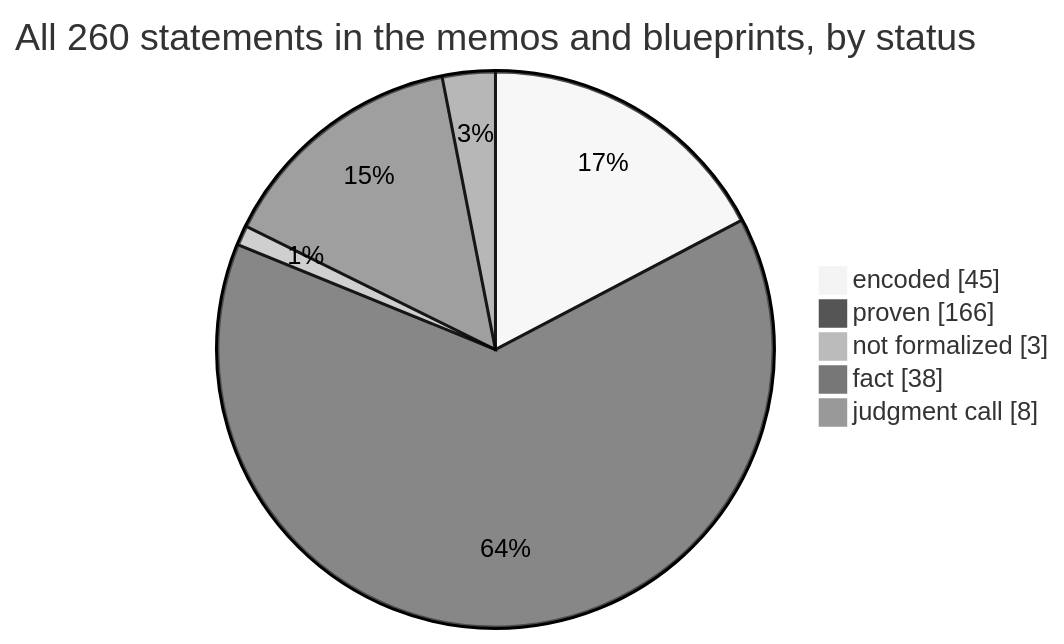
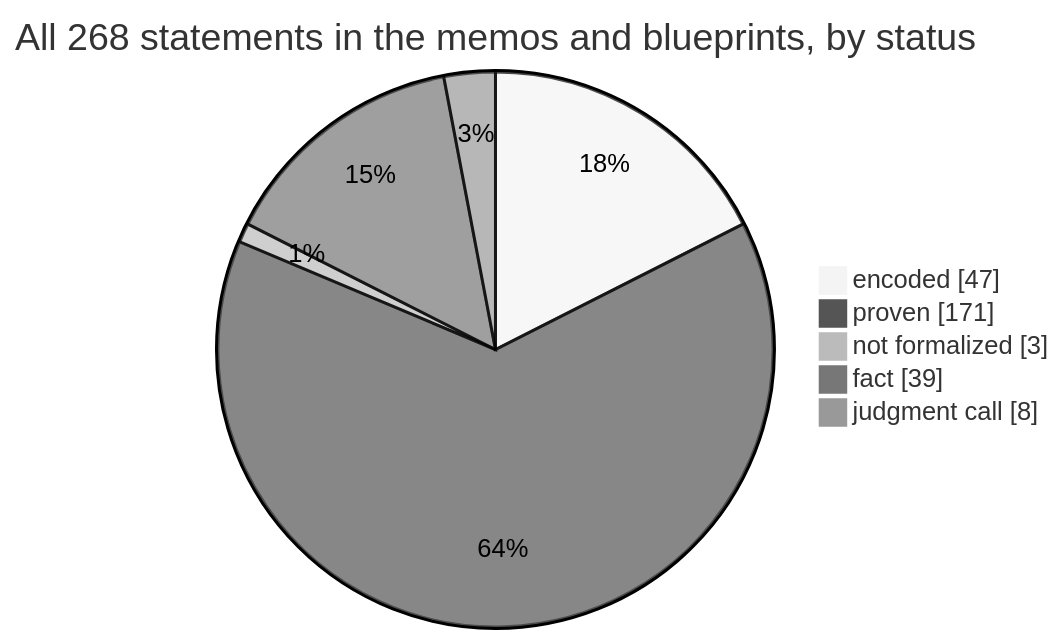
The first of 4 diagrams in docs/graphs/dashboard.md (SeanWMurray/Canteen), drawn with Mermaid (neutral theme) before and after one commit. The commit also changed other lines of this file and 19 other files, not shown here.

````diff
--- a/docs/graphs/dashboard.md
+++ b/docs/graphs/dashboard.md
@@ -11,8 +11,8 @@
 ```mermaid
-pie showData title All 260 statements in the memos and blueprints, by status
-    "encoded" : 45
-    "proven" : 166
+pie showData title All 268 statements in the memos and blueprints, by status
+    "encoded" : 47
+    "proven" : 171
     "not formalized" : 3
-    "fact" : 38
+    "fact" : 39
     "judgment call" : 8
 ```
````
